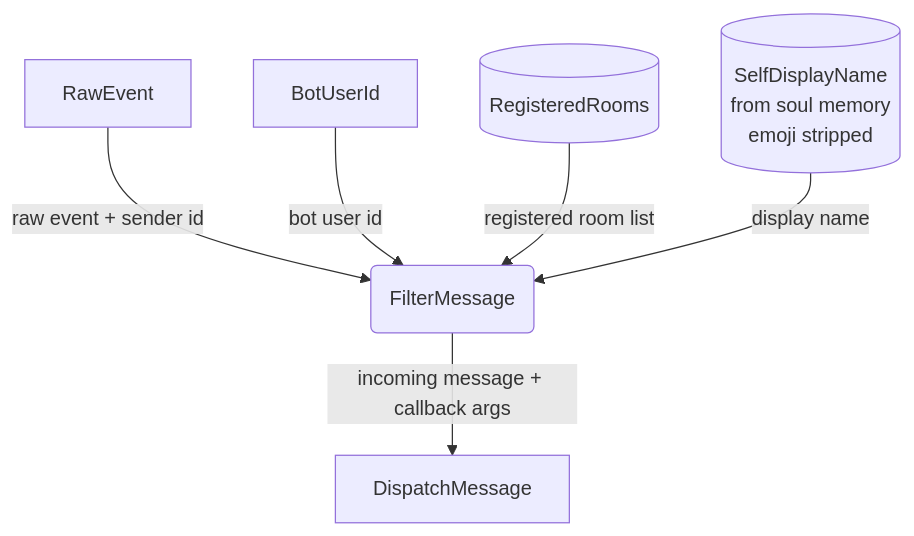
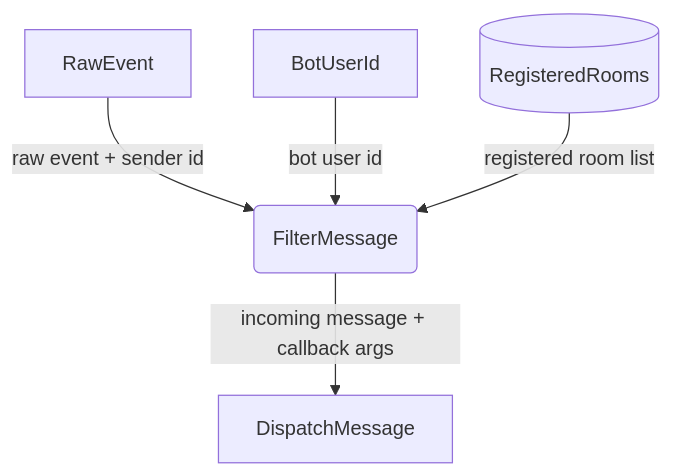
One commit to cosmoswafer/rockbot changed the third of 7 diagrams in _dfd/infra/rocketchat.md. Above: the diagram before and after it, drawn with Mermaid. The commit also changed other lines of this file and 6 other files, not shown here.

First line of the commit message:
rocketchat: remove display_name from message filter

````diff
--- a/_dfd/infra/rocketchat.md
+++ b/_dfd/infra/rocketchat.md
@@ -99,15 +98,13 @@
 ```mermaid
 flowchart TD
     RAW[RawEvent]
     FILTER(FilterMessage)
     BOT_USER[BotUserId]
     ROOMS[(RegisteredRooms)]
-    DISP_NAME[(SelfDisplayName<br/>from soul memory<br/>emoji stripped)]
     DISPATCH[DispatchMessage]
 
     RAW -->|"raw event + sender id"| FILTER
     BOT_USER -->|"bot user id"| FILTER
     ROOMS -->|"registered room list"| FILTER
-    DISP_NAME -->|"display name"| FILTER
     FILTER -->|"incoming message + callback args"| DISPATCH
 ```
````
